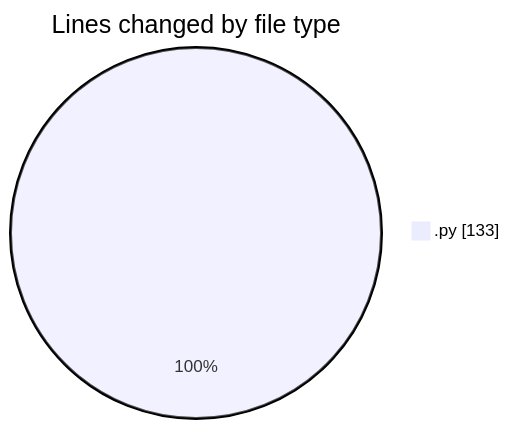
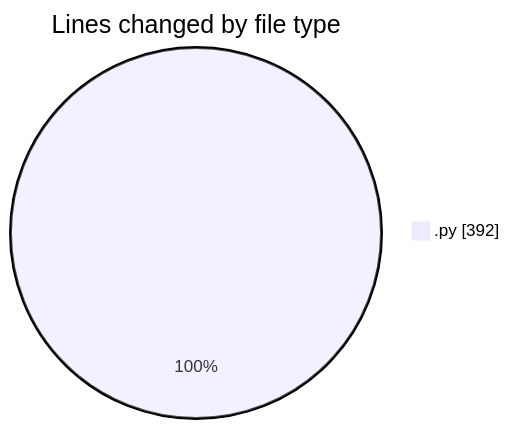
The first of 2 diagrams in 2025-11-07/eventscop-api-guide__workspace_/README.md (julien-gomy/code-tracking), drawn with Mermaid before and after one commit. The commit also changed other lines of this file and 1 other file, not shown here.

````diff
--- a/2025-11-07/eventscop-api-guide__workspace_/README.md
+++ b/2025-11-07/eventscop-api-guide__workspace_/README.md
@@ -20,5 +21,5 @@
 ```mermaid
 pie showData
 title Lines changed by file type
-".py" : 133
+".py" : 392
 ```
````
